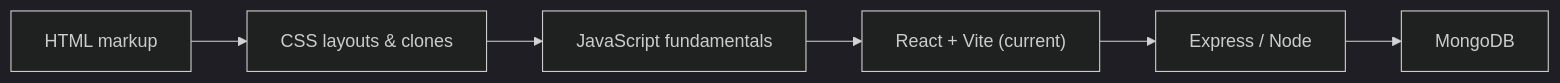
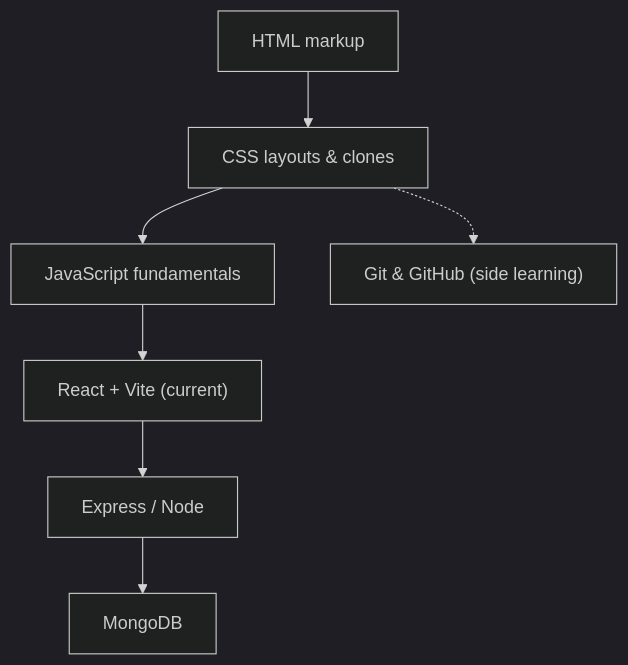
One commit to Aryan-Barbate/Internship-MERN-Stack-Practice changed the diagram in README.md. Above: the diagram before and after it, drawn with Mermaid (dark theme). The commit also changed other lines of this file, not shown here.

Commit message:
README: make learning path vertical; add Git & GitHub as side learning

````diff
--- a/README.md
+++ b/README.md
@@ -16,8 +16,10 @@
 ```mermaid
-flowchart LR
+flowchart TB
     A[HTML markup] --> B[CSS layouts & clones]
     B --> C[JavaScript fundamentals]
     C --> D["React + Vite (current)"]
     D --> E[Express / Node]
     E --> F[MongoDB]
+
+    B -.-> G["Git & GitHub (side learning)"]
 ```
````
